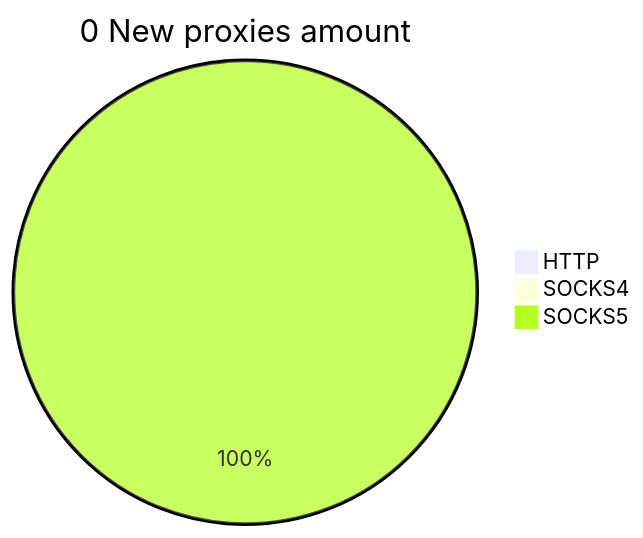
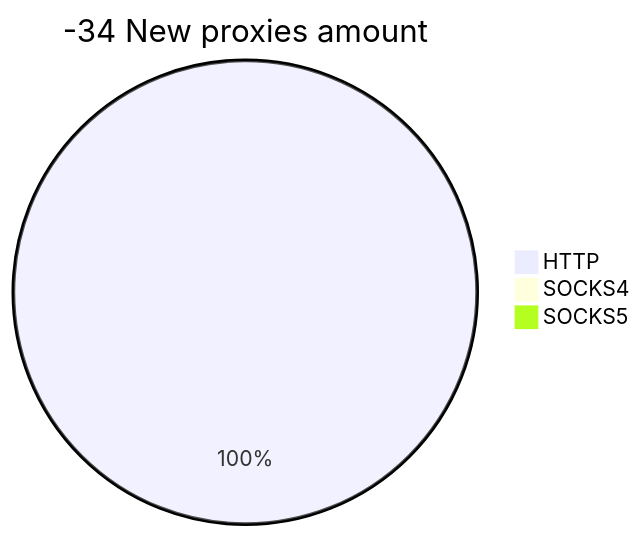
The second of 2 diagrams in README.md (cutipu/proxylist), drawn with Mermaid before and after one commit. The commit also changed other lines of this file, not shown here.

````diff
--- a/README.md
+++ b/README.md
@@ -10,6 +10,6 @@
 ```mermaid
-pie title 0 New proxies amount
-    "HTTP" : 0
+pie title -34 New proxies amount
+    "HTTP" : 3
     "SOCKS4" : 0
-    "SOCKS5" : 3
+    "SOCKS5" : 0
 ```
````
